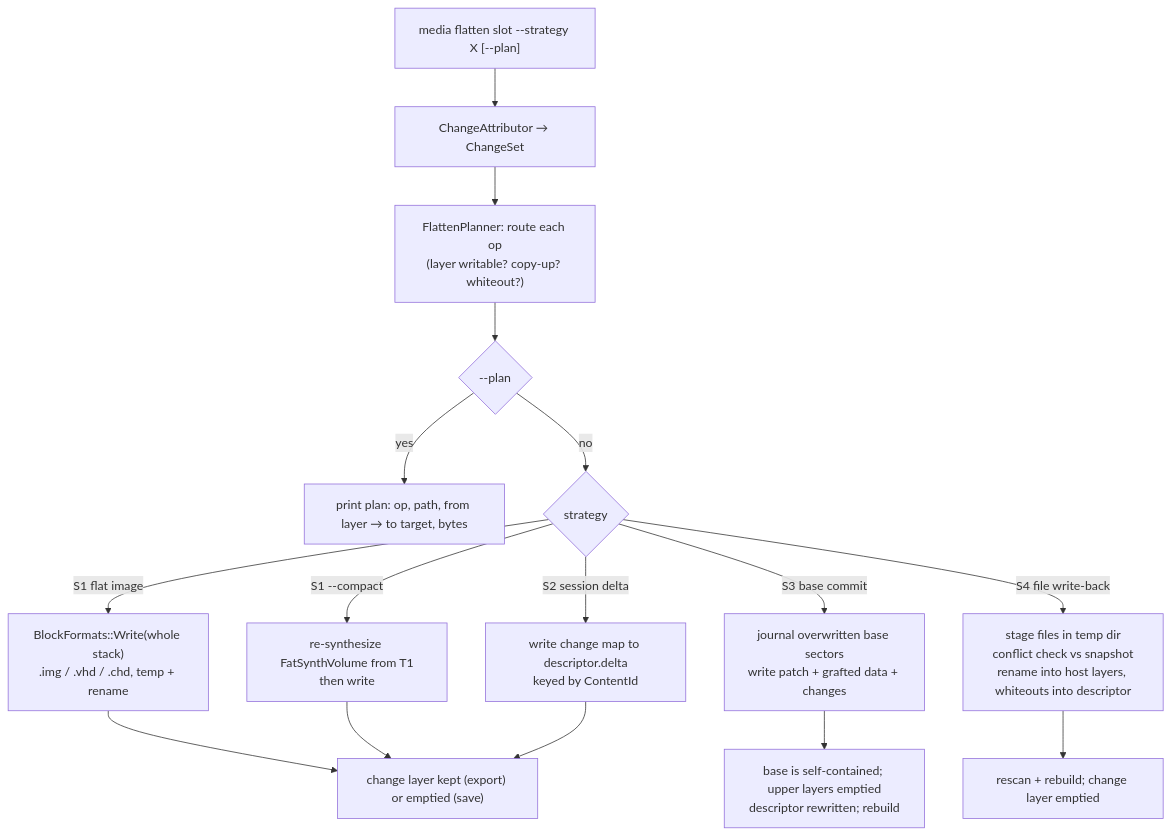
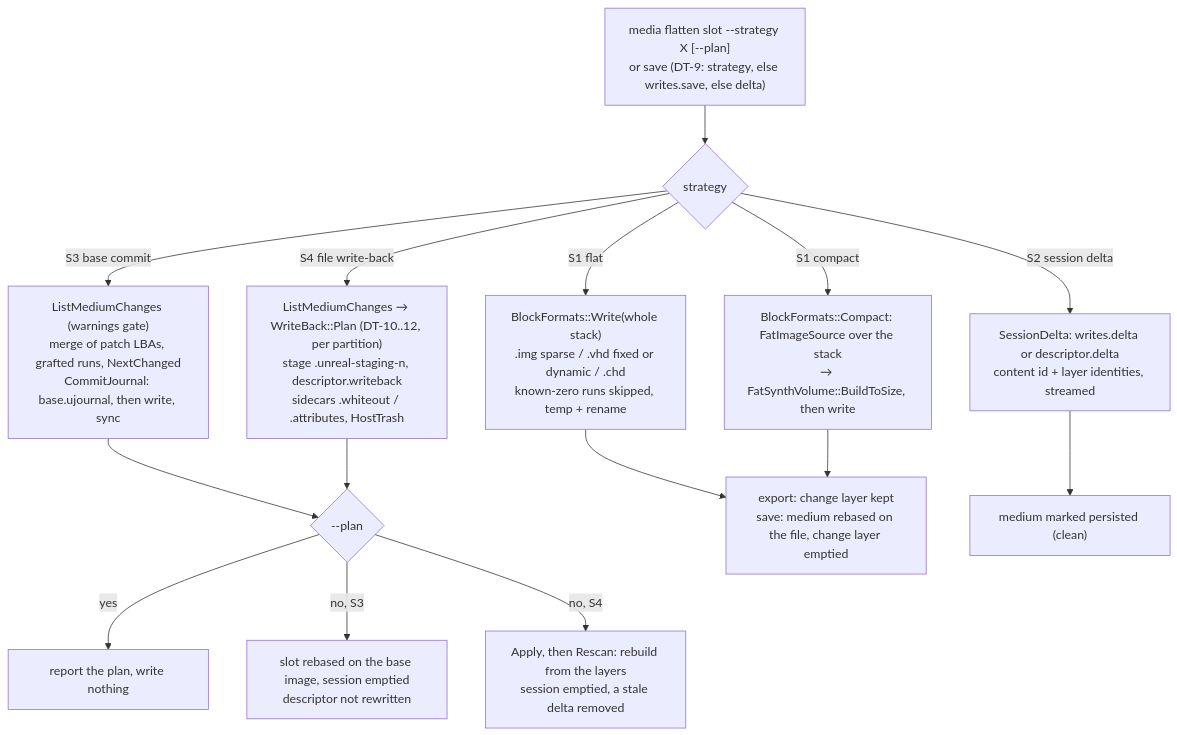
Before and after one commit to alfishe/unreal-ng: the ninth of 13 diagrams in docs/inprogress/2026-10-05-media-multisource/architecture.md, drawn with Mermaid. The commit also changed other lines of this file and 57 other files, not shown here.

````diff
--- a/docs/inprogress/2026-10-05-media-multisource/architecture.md
+++ b/docs/inprogress/2026-10-05-media-multisource/architecture.md
@@ -372,18 +537,17 @@
 ```mermaid
 flowchart TD
-    A["media flatten slot --strategy X [--plan]"] --> B["ChangeAttributor → ChangeSet"]
-    B --> C["FlattenPlanner: route each op<br/>(layer writable? copy-up? whiteout?)"]
-    C --> D{"--plan"}
-    D -->|"yes"| E["print plan: op, path, from layer → to target, bytes"]
-    D -->|"no"| F{"strategy"}
-    F -->|"S1 flat image"| G["BlockFormats::Write(whole stack)<br/>.img / .vhd / .chd, temp + rename"]
-    F -->|"S1 --compact"| G2["re-synthesize FatSynthVolume from T1<br/>then write"]
-    F -->|"S2 session delta"| H["write change map to descriptor.delta<br/>keyed by ContentId"]
-    F -->|"S3 base commit"| I["journal overwritten base sectors<br/>write patch + grafted data + changes"]
-    F -->|"S4 file write-back"| J["stage files in temp dir<br/>conflict check vs snapshot<br/>rename into host layers, whiteouts into descriptor"]
-    G --> K["change layer kept (export) or emptied (save)"]
+    A["media flatten slot --strategy X [--plan]<br/>or save (DT-9: strategy, else writes.save, else delta)"] --> F{"strategy"}
+    F -->|"S1 flat"| G["BlockFormats::Write(whole stack)<br/>.img sparse / .vhd fixed or dynamic / .chd<br/>known-zero runs skipped, temp + rename"]
+    F -->|"S1 compact"| G2["BlockFormats::Compact: FatImageSource over the stack<br/>→ FatSynthVolume::BuildToSize, then write"]
+    F -->|"S2 session delta"| H["SessionDelta: writes.delta or descriptor.delta<br/>content id + layer identities, streamed"]
+    F -->|"S3 base commit"| I["ListMediumChanges (warnings gate)<br/>merge of patch LBAs, grafted runs, NextChanged<br/>CommitJournal: base.ujournal, then write, sync"]
+    F -->|"S4 file write-back"| J["ListMediumChanges → WriteBack::Plan (DT-10..12, per partition)<br/>stage .unreal-staging-n, descriptor.writeback<br/>sidecars .whiteout / .attributes, HostTrash"]
+    I --> P1{"--plan"}
+    J --> P1
+    P1 -->|"yes"| E["report the plan, write nothing"]
+    P1 -->|"no, S3"| L["slot rebased on the base image, session emptied<br/>descriptor not rewritten"]
+    P1 -->|"no, S4"| M["Apply, then Rescan: rebuild from the layers<br/>session emptied, a stale delta removed"]
+    G --> K["export: change layer kept<br/>save: medium rebased on the file, change layer emptied"]
     G2 --> K
-    H --> K
-    I --> L["base is self-contained; upper layers emptied<br/>descriptor rewritten; rebuild"]
-    J --> M["rescan + rebuild; change layer emptied"]
+    H --> K2["medium marked persisted (clean)"]
 ```
````
